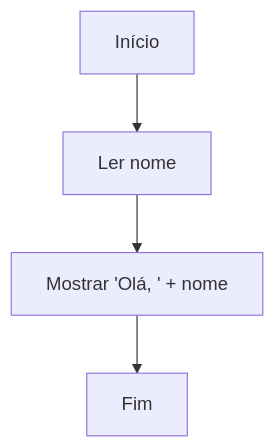
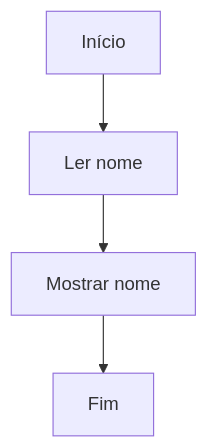
Before and after one commit to frankalcantara/frankalcantara.github.io: the first of 3 diagrams in fluxograma/docs.md, drawn with Mermaid. The commit also changed other lines of this file and 10 other files, not shown here.

````diff
--- a/fluxograma/docs.md
+++ b/fluxograma/docs.md
@@ -472,6 +71,6 @@
 ```mermaid
 flowchart TD
     A[Início] --> B[Ler nome]
-    B --> C[Mostrar 'Olá, ' + nome]  
+    B --> C[Mostrar nome]
     C --> D[Fim]
 ```
````
